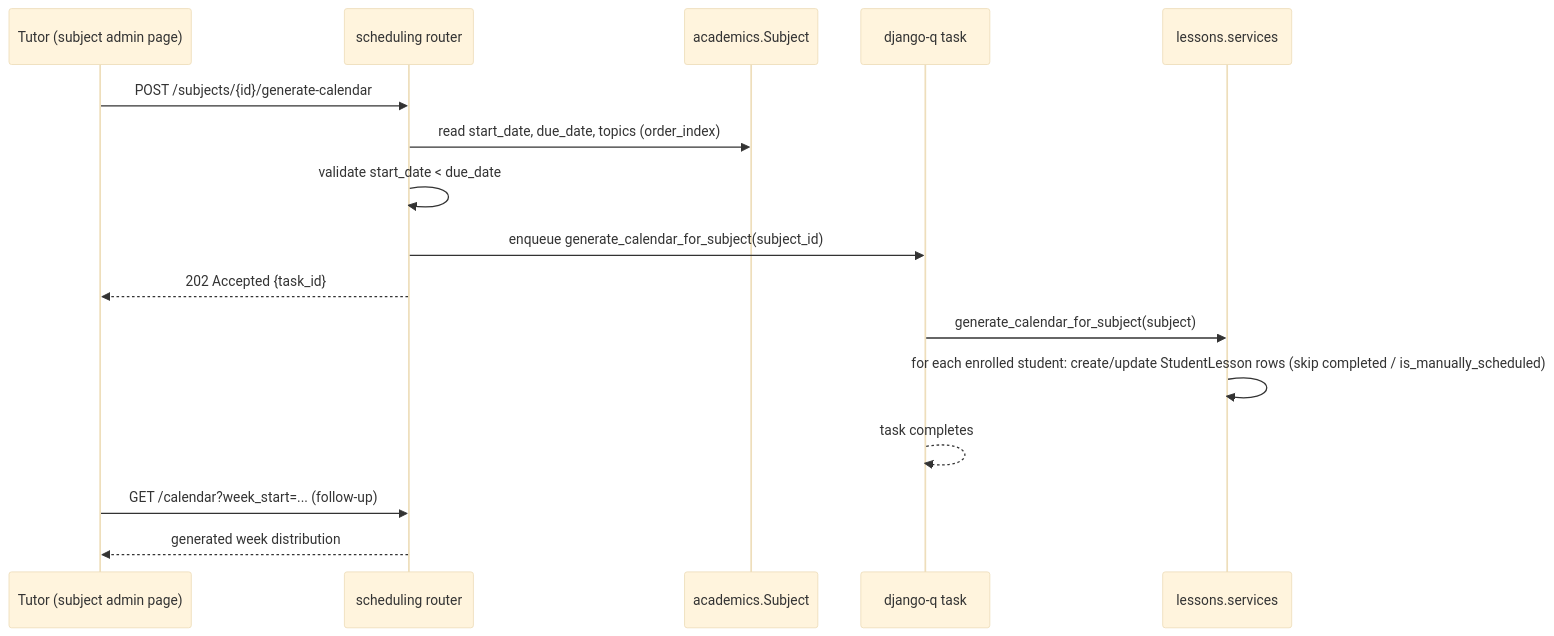
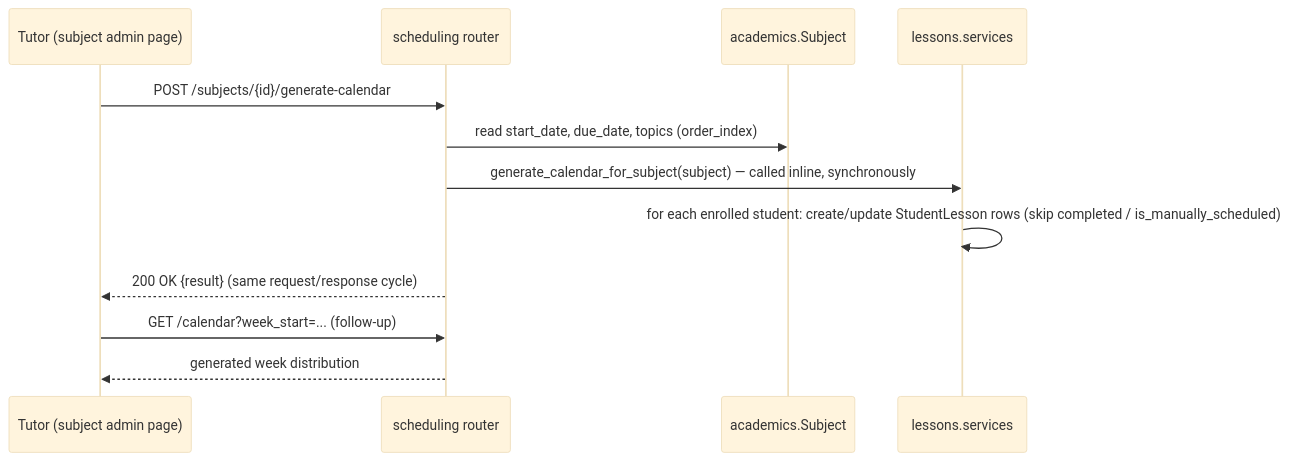
One commit to StabRise/school-ahead changed the diagram in docs/architecture/08-calendar-generation.md. Above: the diagram before and after it, drawn with Mermaid (base theme). The commit also changed other lines of this file and 29 other files, not shown here.

````diff
--- a/docs/architecture/08-calendar-generation.md
+++ b/docs/architecture/08-calendar-generation.md
@@ -39,19 +43,15 @@
 ```mermaid
 sequenceDiagram
     participant T as Tutor (subject admin page)
     participant S as scheduling router
     participant A as academics.Subject
-    participant Q as django-q task
     participant L as lessons.services
 
     T->>S: POST /subjects/{id}/generate-calendar
     S->>A: read start_date, due_date, topics (order_index)
-    S->>S: validate start_date < due_date
-    S->>Q: enqueue generate_calendar_for_subject(subject_id)
-    S-->>T: 202 Accepted {task_id}
-    Q->>L: generate_calendar_for_subject(subject)
+    S->>L: generate_calendar_for_subject(subject) — called inline, synchronously
     L->>L: for each enrolled student: create/update StudentLesson rows (skip completed / is_manually_scheduled)
-    Q-->>Q: task completes
+    S-->>T: 200 OK {result} (same request/response cycle)
     T->>S: GET /calendar?week_start=... (follow-up)
     S-->>T: generated week distribution
 ```
````
